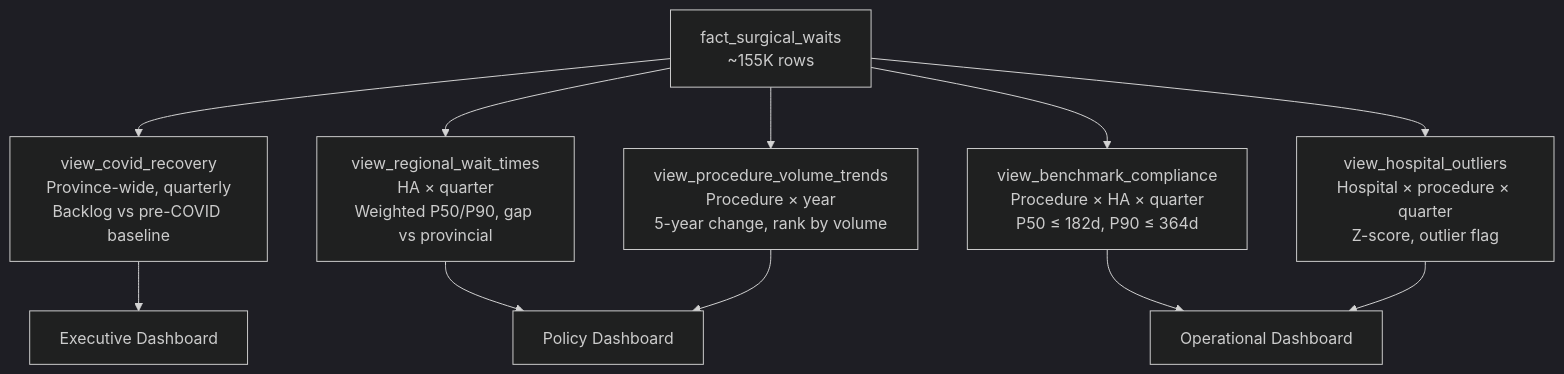
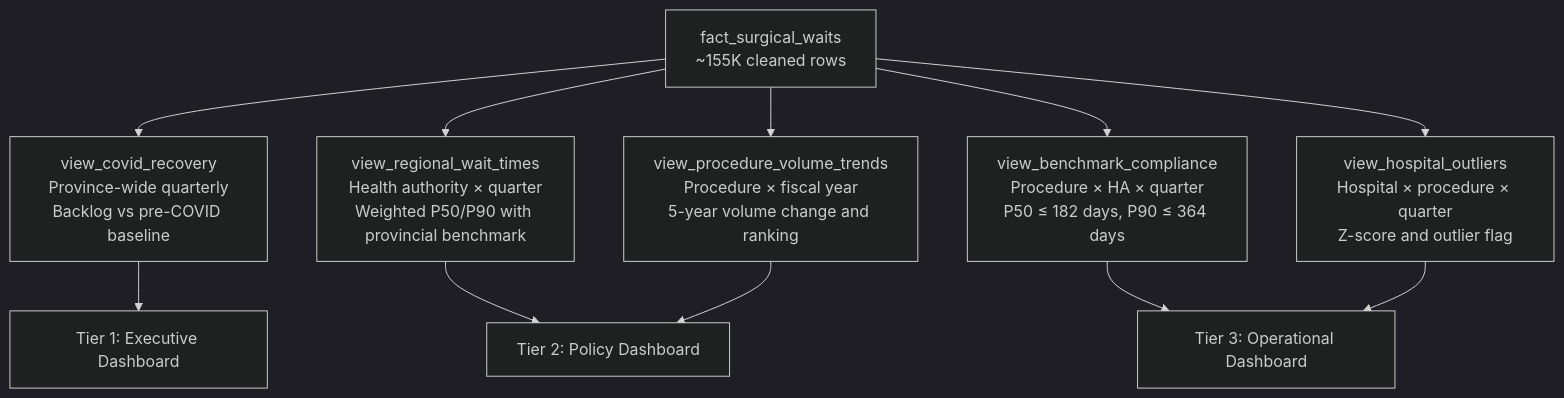
Before and after one commit to Sahibjeetpalsingh/BC_Surgical_wait_times: the fourth of 4 diagrams in README.md, drawn with Mermaid (dark theme). The commit also changed other lines of this file, not shown here.

````diff
--- a/README.md
+++ b/README.md
@@ -250,12 +250,12 @@
 ```mermaid
 flowchart TD
-    FACT["fact_surgical_waits\n~155K rows"] --> V1["view_covid_recovery\nProvince-wide, quarterly\nBacklog vs pre-COVID baseline"]
-    FACT --> V2["view_regional_wait_times\nHA × quarter\nWeighted P50/P90, gap vs provincial"]
-    FACT --> V3["view_procedure_volume_trends\nProcedure × year\n5-year change, rank by volume"]
-    FACT --> V4["view_benchmark_compliance\nProcedure × HA × quarter\nP50 ≤ 182d, P90 ≤ 364d"]
-    FACT --> V5["view_hospital_outliers\nHospital × procedure × quarter\nZ-score, outlier flag"]
-    
-    V1 --> T1["Executive Dashboard"]
-    V2 & V3 --> T2["Policy Dashboard"]
-    V4 & V5 --> T3["Operational Dashboard"]
+    FACT["fact_surgical_waits\n~155K cleaned rows"] --> V1["view_covid_recovery\nProvince-wide quarterly\nBacklog vs pre-COVID baseline"]
+    FACT --> V2["view_regional_wait_times\nHealth authority × quarter\nWeighted P50/P90 with provincial benchmark"]
+    FACT --> V3["view_procedure_volume_trends\nProcedure × fiscal year\n5-year volume change and ranking"]
+    FACT --> V4["view_benchmark_compliance\nProcedure × HA × quarter\nP50 ≤ 182 days, P90 ≤ 364 days"]
+    FACT --> V5["view_hospital_outliers\nHospital × procedure × quarter\nZ-score and outlier flag"]
+
+    V1 --> T1["Tier 1: Executive Dashboard"]
+    V2 & V3 --> T2["Tier 2: Policy Dashboard"]
+    V4 & V5 --> T3["Tier 3: Operational Dashboard"]
 ```
````
